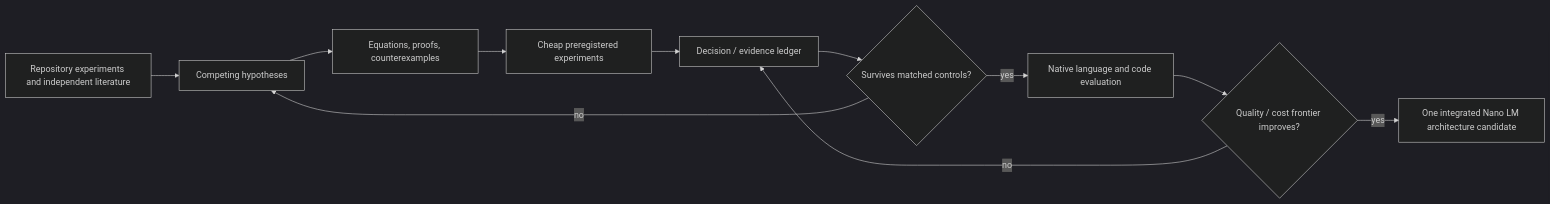
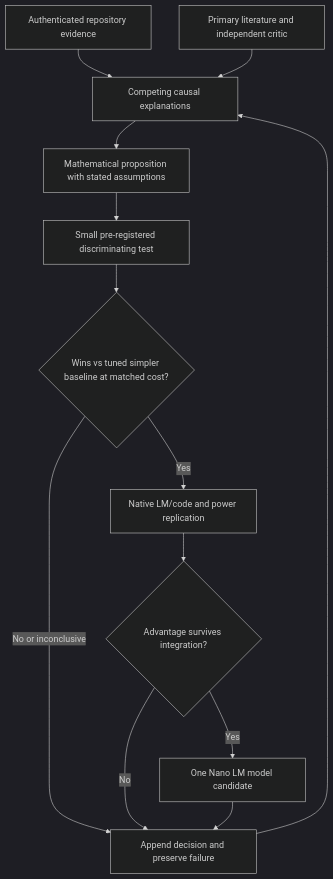
One commit to wwk5q8z6kk-bit/nano-lm changed the diagram in research/frontier/ontogenesis/architecture/README.md. Above: the diagram before and after it, drawn with Mermaid (dark theme). The commit also changed other lines of this file, not shown here.

Commit message:
Research v2: correct README.md with audited theory and ledger gaps

````diff
--- a/research/frontier/ontogenesis/architecture/README.md
+++ b/research/frontier/ontogenesis/architecture/README.md
@@ -46,13 +38,15 @@
 ```mermaid
-flowchart LR
-    E[Repository experiments and independent literature] --> H[Competing hypotheses]
-    H --> M[Equations, proofs, counterexamples]
-    M --> X[Cheap preregistered experiments]
-    X --> L[Decision / evidence ledger]
-    L --> I{Survives matched controls?}
-    I -->|no| H
-    I -->|yes| N[Native language and code evaluation]
-    N --> U{Quality / cost frontier improves?}
-    U -->|yes| A[One integrated Nano LM architecture candidate]
-    U -->|no| L
+flowchart TD
+  E[Authenticated repository evidence] --> C[Competing causal explanations]
+  P[Primary literature and independent critic] --> C
+  C --> M[Mathematical proposition with stated assumptions]
+  M --> T[Small pre-registered discriminating test]
+  T --> D{Wins vs tuned simpler baseline at matched cost?}
+  D -->|No or inconclusive| L[Append decision and preserve failure]
+  D -->|Yes| N[Native LM/code and power replication]
+  N --> G{Advantage survives integration?}
+  G -->|No| L
+  G -->|Yes| A[One Nano LM model candidate]
+  A --> L
+  L --> C
 ```
````
